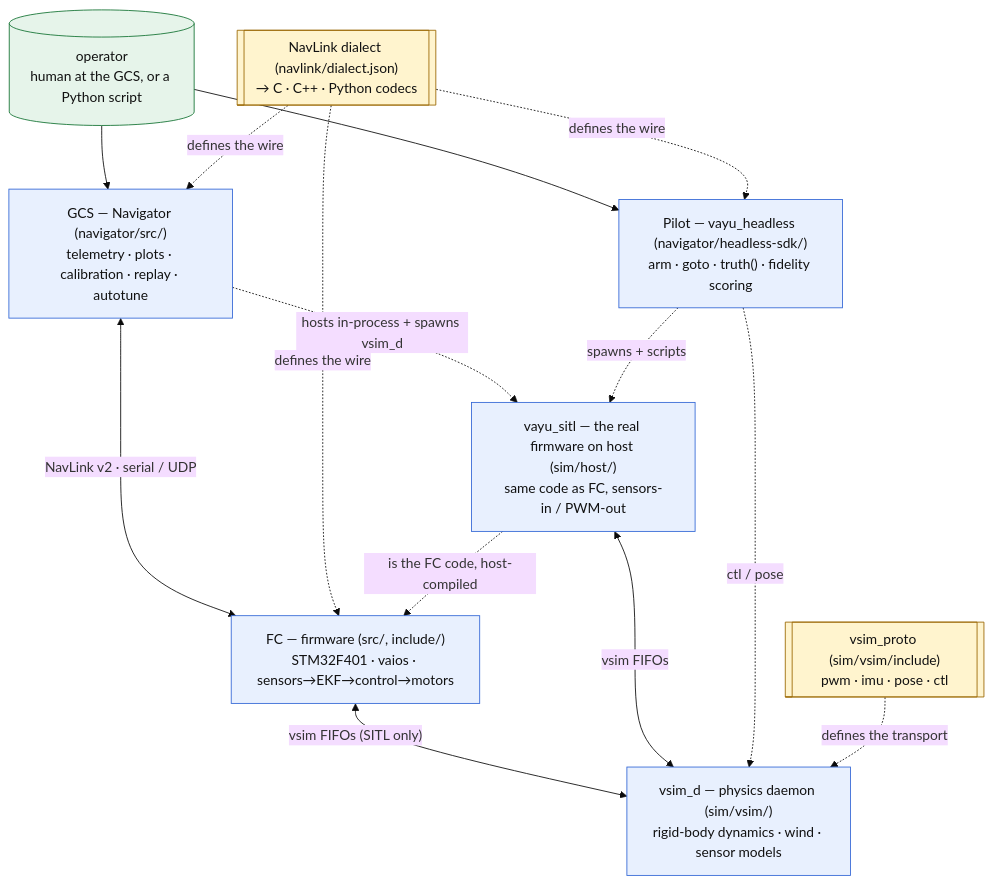
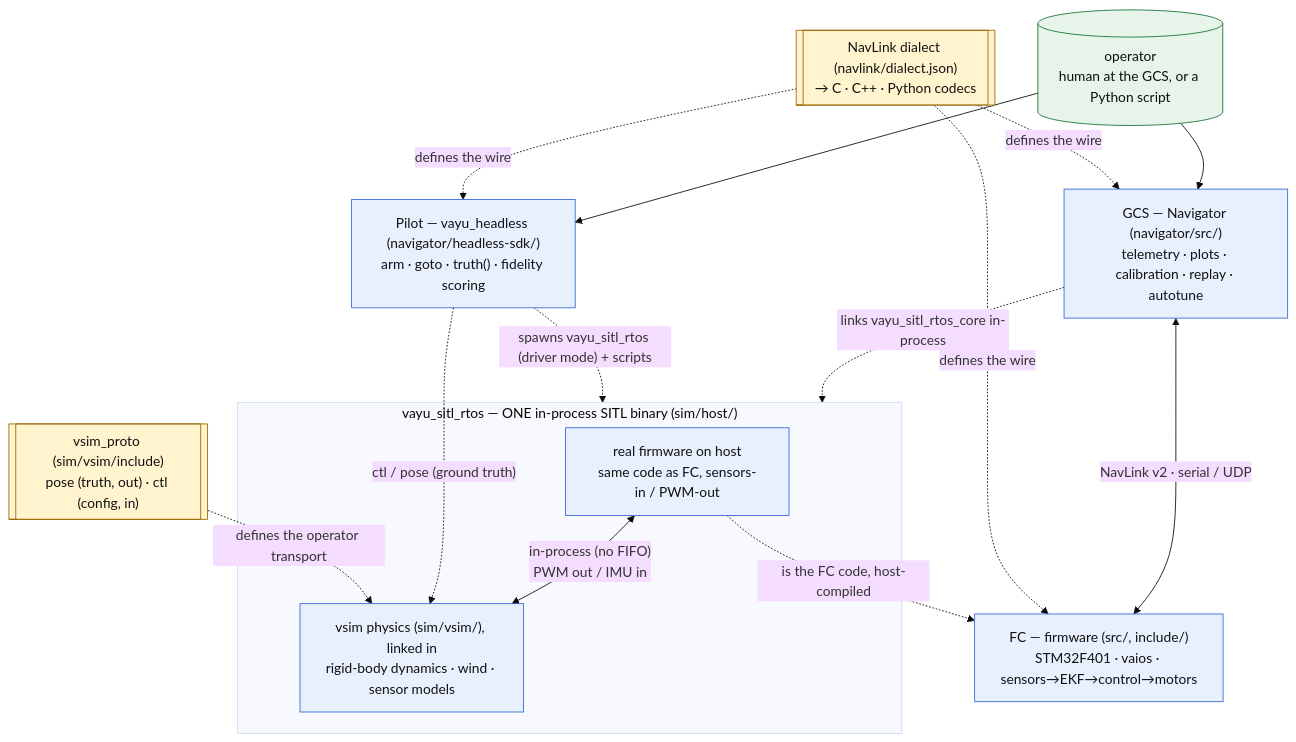
Before and after one commit to ragnar-vallhala/vayu: the diagram in ARCHITECTURE.md, drawn with Mermaid (base theme). The commit also changed other lines of this file and 40 other files, not shown here.

First line of the commit message:
refactor(sitl): single in-process vayu_sitl_rtos; enable FFT notch; gate grass; coalesce telemetry

````diff
--- a/ARCHITECTURE.md
+++ b/ARCHITECTURE.md
@@ -24,32 +25,34 @@
 ```mermaid
 flowchart TB
     classDef comp fill:#e8f0fe,stroke:#3367d6,color:#111;
     classDef contract fill:#fff4ce,stroke:#9a6700,color:#111;
     classDef ext fill:#e6f4ea,stroke:#137333,color:#111;
 
     OP[("operator<br/>human at the GCS, or a Python script")]:::ext
 
     GCS["GCS — Navigator (navigator/src/)<br/>telemetry · plots · calibration · replay · autotune"]:::comp
     FC["FC — firmware (src/, include/)<br/>STM32F401 · vaios · sensors→EKF→control→motors"]:::comp
-    VSIM["vsim_d — physics daemon (sim/vsim/)<br/>rigid-body dynamics · wind · sensor models"]:::comp
-    SITL["vayu_sitl — the real firmware on host (sim/host/)<br/>same code as FC, sensors-in / PWM-out"]:::comp
     PILOT["Pilot — vayu_headless (navigator/headless-sdk/)<br/>arm · goto · truth() · fidelity scoring"]:::comp
 
+    subgraph SITL_BIN ["vayu_sitl_rtos — ONE in-process SITL binary (sim/host/)"]
+        SITL["real firmware on host<br/>same code as FC, sensors-in / PWM-out"]:::comp
+        VSIM["vsim physics (sim/vsim/), linked in<br/>rigid-body dynamics · wind · sensor models"]:::comp
+        SITL <-->|"in-process (no FIFO)<br/>PWM out / IMU in"| VSIM
+    end
+
     NAV[["NavLink dialect (navlink/dialect.json)<br/>→ C · C++ · Python codecs"]]:::contract
-    VP[["vsim_proto (sim/vsim/include)<br/>pwm · imu · pose · ctl"]]:::contract
+    VP[["vsim_proto (sim/vsim/include)<br/>pose (truth, out) · ctl (config, in)"]]:::contract
 
     OP --> GCS
     OP --> PILOT
     GCS <-->|"NavLink v2 · serial / UDP"| FC
-    FC <-->|"vsim FIFOs (SITL only)"| VSIM
-    SITL <-->|"vsim FIFOs"| VSIM
-    GCS -.->|"hosts in-process + spawns vsim_d"| SITL
-    PILOT -.->|"spawns + scripts"| SITL
-    PILOT -.->|"ctl / pose"| VSIM
+    GCS -.->|"links vayu_sitl_rtos_core in-process"| SITL_BIN
+    PILOT -.->|"spawns vayu_sitl_rtos (driver mode) + scripts"| SITL_BIN
+    PILOT -.->|"ctl / pose (ground truth)"| VSIM
 
     NAV -.->|"defines the wire"| FC
     NAV -.->|"defines the wire"| GCS
     NAV -.->|"defines the wire"| PILOT
     SITL -.->|"is the FC code, host-compiled"| FC
-    VP -.->|"defines the transport"| VSIM
+    VP -.->|"defines the operator transport"| VSIM
 ```
````
